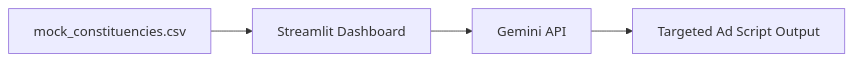
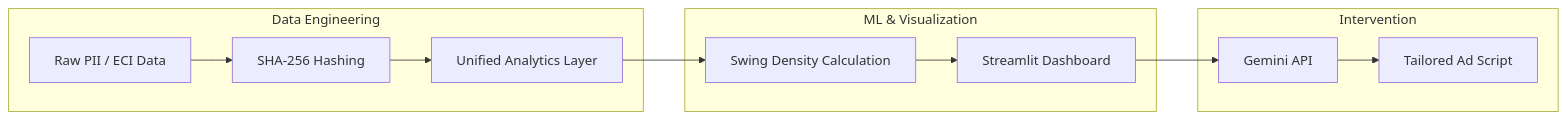
Before and after one commit to pramodcbabu/debaz: the diagram in nethra/docs/technical_specs.md, drawn with Mermaid. The commit also changed other lines of this file and 7 other files, not shown here.

````diff
--- a/nethra/docs/technical_specs.md
+++ b/nethra/docs/technical_specs.md
@@ -29,6 +40,17 @@
 ```mermaid
 graph LR
-    A[mock_constituencies.csv] --> B[Streamlit Dashboard]
-    B --> C[Gemini API]
-    C --> D[Targeted Ad Script Output]
+    subgraph "Data Engineering"
+        A[Raw PII / ECI Data] --> B[SHA-256 Hashing]
+        B --> C[Unified Analytics Layer]
+    end
+    
+    subgraph "ML & Visualization"
+        C --> D[Swing Density Calculation]
+        D --> E[Streamlit Dashboard]
+    end
+    
+    subgraph "Intervention"
+        E --> F[Gemini API]
+        F --> G[Tailored Ad Script]
+    end
 ```
````
